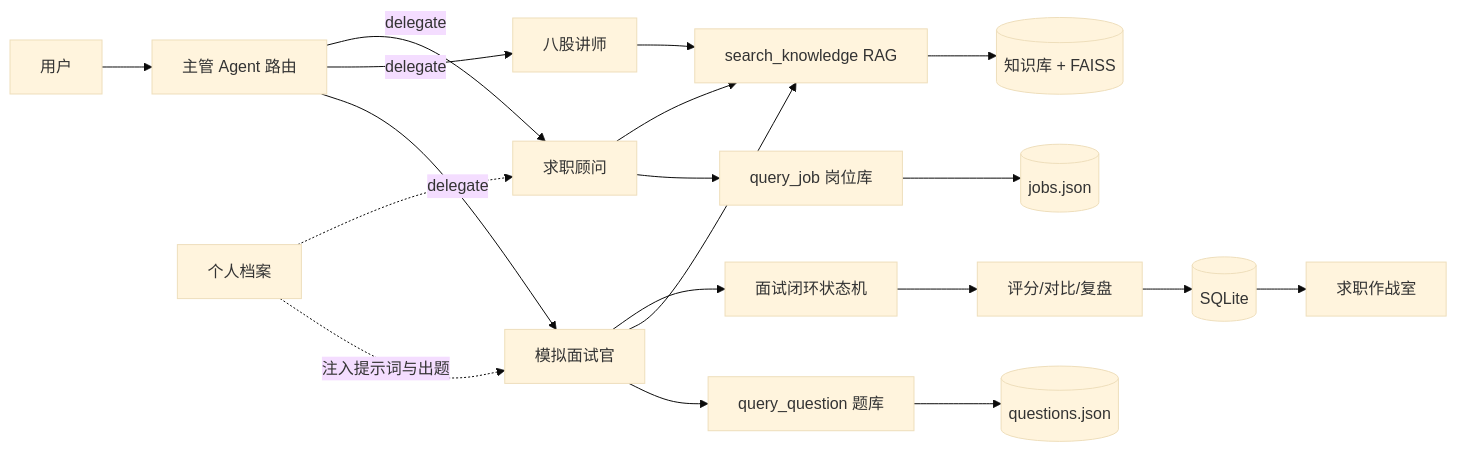
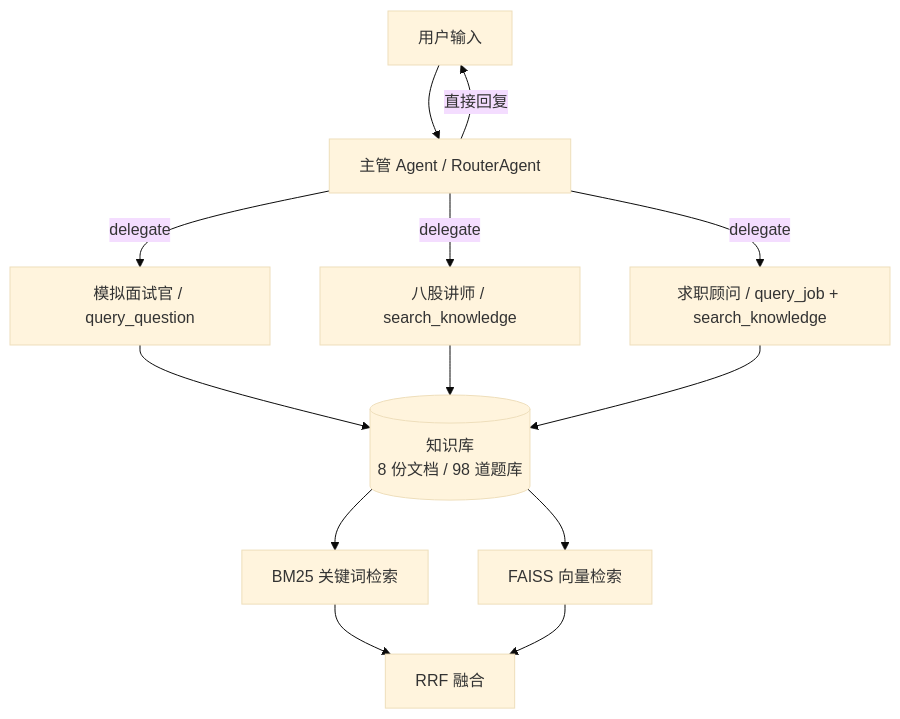
The diagram in README.md (hpx123300/ai-interview-intelligent-system), drawn with Mermaid (base theme) before and after one commit. The commit also changed other lines of this file and 2 other files, not shown here.

````diff
--- a/README.md
+++ b/README.md
@@ -243,21 +32,15 @@
 ```mermaid
-flowchart LR
-    U[用户] --> R[主管 Agent 路由]
-    R -->|delegate| I[模拟面试官]
-    R -->|delegate| T[八股讲师]
-    R -->|delegate| C[求职顾问]
-    I --> Q[query_question 题库]
-    I --> K[search_knowledge RAG]
-    C --> J[query_job 岗位库]
-    C --> K
-    T --> K
-    K --> KB[(知识库 + FAISS)]
-    Q --> QB[(questions.json)]
-    J --> JB[(jobs.json)]
-    P[个人档案] -.注入提示词与出题.-> I
-    P -.-> C
-    I --> S[面试闭环状态机]
-    S --> V[评分/对比/复盘]
-    V --> DB[(SQLite)]
-    DB --> W[求职作战室]
+flowchart TD
+    U[用户输入] --> R[主管 Agent / RouterAgent]
+    R -->|delegate| I[模拟面试官 / query_question]
+    R -->|delegate| T[八股讲师 / search_knowledge]
+    R -->|delegate| C[求职顾问 / query_job + search_knowledge]
+    R -->|直接回复| U
+    I --> KB[(知识库<br/>8 份文档 / 98 道题库)]
+    T --> KB
+    C --> KB
+    KB --> BM[BM25 关键词检索]
+    KB --> V[FAISS 向量检索]
+    BM --> RRF[RRF 融合]
+    V --> RRF
 ```
````
